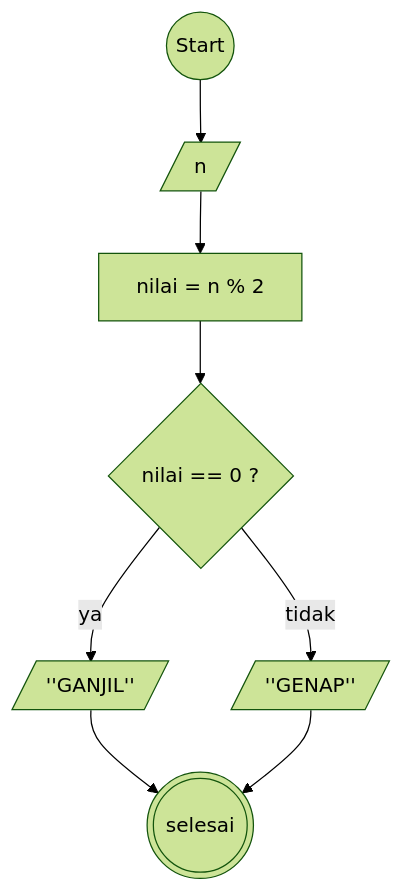
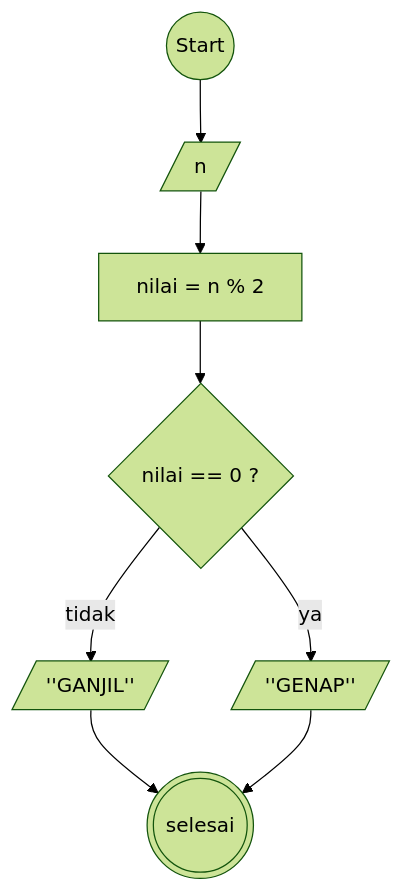
One commit to Farhan-dev-dot/koda-b10-algoritma changed the first of 2 diagrams in README.md. Above: the diagram before and after it, drawn with Mermaid (forest theme). The commit also changed other lines of this file, not shown here.

````diff
--- a/README.md
+++ b/README.md
@@ -36,24 +36,24 @@
 ```mermaid
 
 
 flowchart TD
 
 A@{ shape: circle, label: "Start" }
 B[/n/]
 C[nilai = n % 2]
 D{nilai == 0 ? }
 E[/''GENAP''/]
 F[/''GANJIL''/]
 G(((selesai)))
 
 A-->B
 B-->C
 C-->D
-D--ya-->F
-D--tidak-->E
+D--tidak-->F
+D--ya-->E
 F-->G
 E-->G
 
 
 
 ```
````
